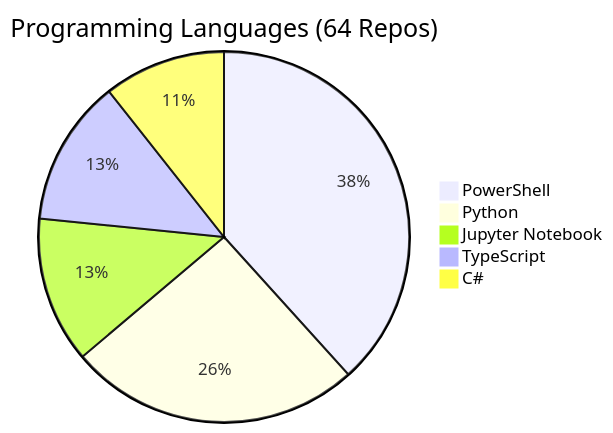
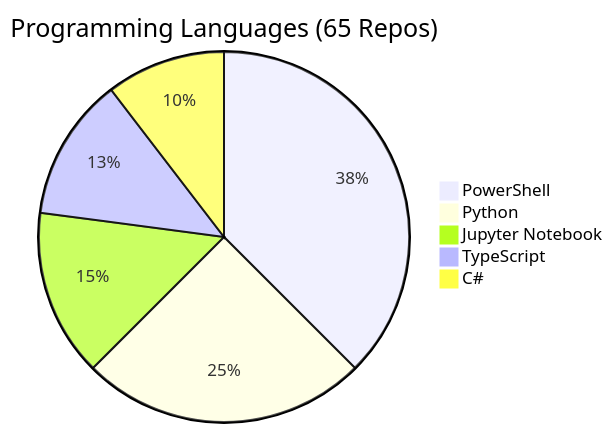
Before and after one commit to fabioc-aloha/fabioc-aloha: the diagram in REPOS.md, drawn with Mermaid. The commit also changed other lines of this file and 1 other file, not shown here.

````diff
--- a/REPOS.md
+++ b/REPOS.md
@@ -107,8 +108,8 @@
 ```mermaid
-pie title Programming Languages (64 Repos)
+pie title Programming Languages (65 Repos)
     "PowerShell" : 18
     "Python" : 12
-    "Jupyter Notebook" : 6
+    "Jupyter Notebook" : 7
     "TypeScript" : 6
     "C#" : 5
 ```
````
